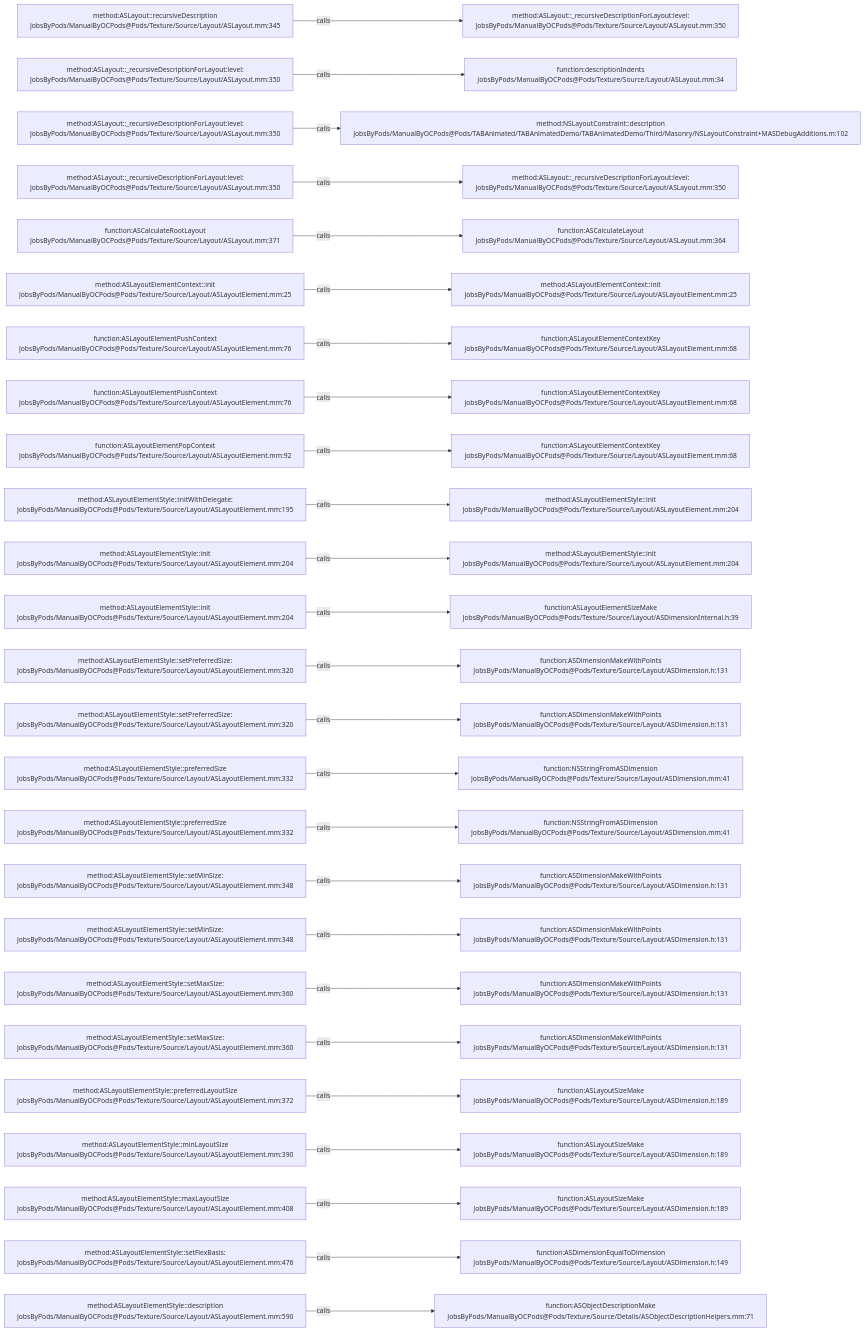
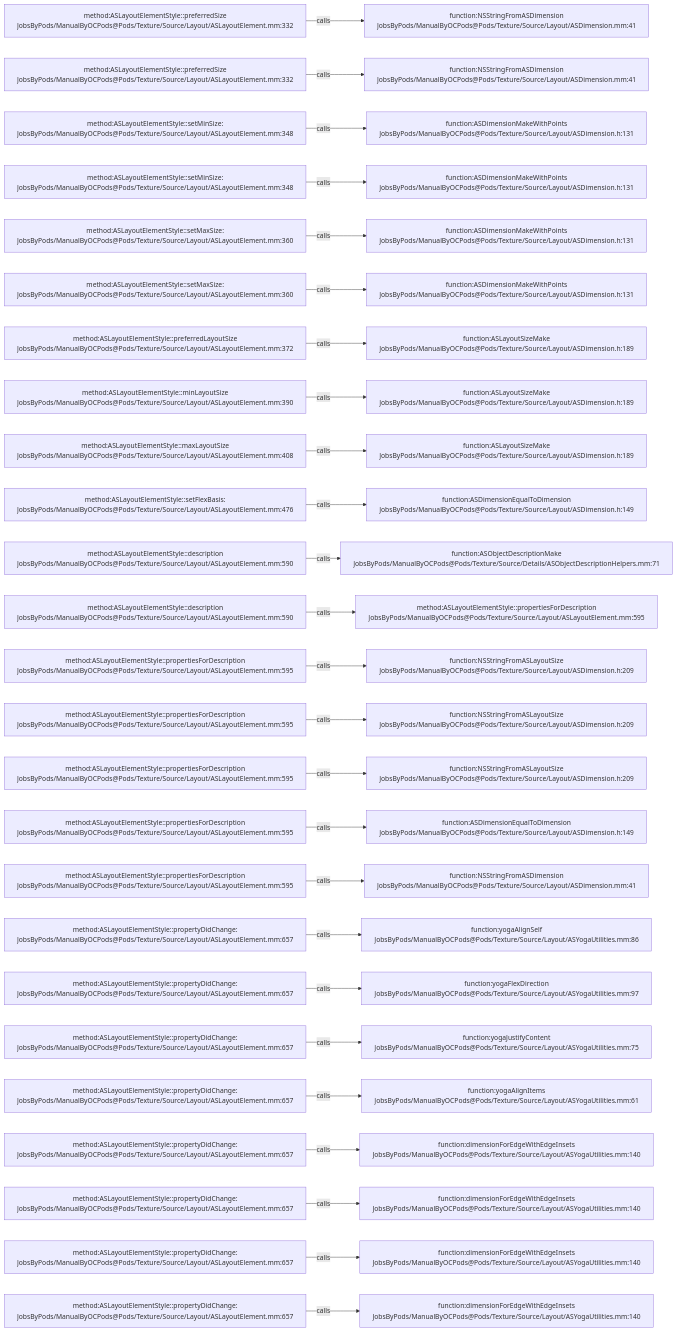
Before and after one commit to JobsKits/JobsOCBaseConfigDemo: the diagram in .codegraph/codegraph.md/graphs/calls-181.md, drawn with Mermaid. The commit also changed 296 other files, not shown here.

````diff
--- a/.codegraph/codegraph.md/graphs/calls-181.md
+++ b/.codegraph/codegraph.md/graphs/calls-181.md
@@ -13,78 +13,78 @@
 ```mermaid
 flowchart LR
-  S1["method:ASLayout::recursiveDescription<br/>JobsByPods/ManualByOCPods@Pods/Texture/Source/Layout/ASLayout.mm:345"]
-  T1["method:ASLayout::_recursiveDescriptionForLayout:level:<br/>JobsByPods/ManualByOCPods@Pods/Texture/Source/Layout/ASLayout.mm:350"]
+  S1["method:ASLayoutElementStyle::preferredSize<br/>JobsByPods/ManualByOCPods@Pods/Texture/Source/Layout/ASLayoutElement.mm:332"]
+  T1["function:NSStringFromASDimension<br/>JobsByPods/ManualByOCPods@Pods/Texture/Source/Layout/ASDimension.mm:41"]
   S1 -->|calls| T1
-  S2["method:ASLayout::_recursiveDescriptionForLayout:level:<br/>JobsByPods/ManualByOCPods@Pods/Texture/Source/Layout/ASLayout.mm:350"]
-  T2["function:descriptionIndents<br/>JobsByPods/ManualByOCPods@Pods/Texture/Source/Layout/ASLayout.mm:34"]
+  S2["method:ASLayoutElementStyle::preferredSize<br/>JobsByPods/ManualByOCPods@Pods/Texture/Source/Layout/ASLayoutElement.mm:332"]
+  T2["function:NSStringFromASDimension<br/>JobsByPods/ManualByOCPods@Pods/Texture/Source/Layout/ASDimension.mm:41"]
   S2 -->|calls| T2
-  S3["method:ASLayout::_recursiveDescriptionForLayout:level:<br/>JobsByPods/ManualByOCPods@Pods/Texture/Source/Layout/ASLayout.mm:350"]
-  T3["method:NSLayoutConstraint::description<br/>JobsByPods/ManualByOCPods@Pods/TABAnimated/TABAnimatedDemo/TABAnimatedDemo/Third/Masonry/NSLayoutConstraint+MASDebugAdditions.m:102"]
+  S3["method:ASLayoutElementStyle::setMinSize:<br/>JobsByPods/ManualByOCPods@Pods/Texture/Source/Layout/ASLayoutElement.mm:348"]
+  T3["function:ASDimensionMakeWithPoints<br/>JobsByPods/ManualByOCPods@Pods/Texture/Source/Layout/ASDimension.h:131"]
   S3 -->|calls| T3
-  S4["method:ASLayout::_recursiveDescriptionForLayout:level:<br/>JobsByPods/ManualByOCPods@Pods/Texture/Source/Layout/ASLayout.mm:350"]
-  T4["method:ASLayout::_recursiveDescriptionForLayout:level:<br/>JobsByPods/ManualByOCPods@Pods/Texture/Source/Layout/ASLayout.mm:350"]
+  S4["method:ASLayoutElementStyle::setMinSize:<br/>JobsByPods/ManualByOCPods@Pods/Texture/Source/Layout/ASLayoutElement.mm:348"]
+  T4["function:ASDimensionMakeWithPoints<br/>JobsByPods/ManualByOCPods@Pods/Texture/Source/Layout/ASDimension.h:131"]
   S4 -->|calls| T4
-  S5["function:ASCalculateRootLayout<br/>JobsByPods/ManualByOCPods@Pods/Texture/Source/Layout/ASLayout.mm:371"]
-  T5["function:ASCalculateLayout<br/>JobsByPods/ManualByOCPods@Pods/Texture/Source/Layout/ASLayout.mm:364"]
+  S5["method:ASLayoutElementStyle::setMaxSize:<br/>JobsByPods/ManualByOCPods@Pods/Texture/Source/Layout/ASLayoutElement.mm:360"]
+  T5["function:ASDimensionMakeWithPoints<br/>JobsByPods/ManualByOCPods@Pods/Texture/Source/Layout/ASDimension.h:131"]
   S5 -->|calls| T5
-  S6["method:ASLayoutElementContext::init<br/>JobsByPods/ManualByOCPods@Pods/Texture/Source/Layout/ASLayoutElement.mm:25"]
-  T6["method:ASLayoutElementContext::init<br/>JobsByPods/ManualByOCPods@Pods/Texture/Source/Layout/ASLayoutElement.mm:25"]
+  S6["method:ASLayoutElementStyle::setMaxSize:<br/>JobsByPods/ManualByOCPods@Pods/Texture/Source/Layout/ASLayoutElement.mm:360"]
+  T6["function:ASDimensionMakeWithPoints<br/>JobsByPods/ManualByOCPods@Pods/Texture/Source/Layout/ASDimension.h:131"]
   S6 -->|calls| T6
-  S7["function:ASLayoutElementPushContext<br/>JobsByPods/ManualByOCPods@Pods/Texture/Source/Layout/ASLayoutElement.mm:76"]
-  T7["function:ASLayoutElementContextKey<br/>JobsByPods/ManualByOCPods@Pods/Texture/Source/Layout/ASLayoutElement.mm:68"]
+  S7["method:ASLayoutElementStyle::preferredLayoutSize<br/>JobsByPods/ManualByOCPods@Pods/Texture/Source/Layout/ASLayoutElement.mm:372"]
+  T7["function:ASLayoutSizeMake<br/>JobsByPods/ManualByOCPods@Pods/Texture/Source/Layout/ASDimension.h:189"]
   S7 -->|calls| T7
-  S8["function:ASLayoutElementPushContext<br/>JobsByPods/ManualByOCPods@Pods/Texture/Source/Layout/ASLayoutElement.mm:76"]
-  T8["function:ASLayoutElementContextKey<br/>JobsByPods/ManualByOCPods@Pods/Texture/Source/Layout/ASLayoutElement.mm:68"]
+  S8["method:ASLayoutElementStyle::minLayoutSize<br/>JobsByPods/ManualByOCPods@Pods/Texture/Source/Layout/ASLayoutElement.mm:390"]
+  T8["function:ASLayoutSizeMake<br/>JobsByPods/ManualByOCPods@Pods/Texture/Source/Layout/ASDimension.h:189"]
   S8 -->|calls| T8
-  S9["function:ASLayoutElementPopContext<br/>JobsByPods/ManualByOCPods@Pods/Texture/Source/Layout/ASLayoutElement.mm:92"]
-  T9["function:ASLayoutElementContextKey<br/>JobsByPods/ManualByOCPods@Pods/Texture/Source/Layout/ASLayoutElement.mm:68"]
+  S9["method:ASLayoutElementStyle::maxLayoutSize<br/>JobsByPods/ManualByOCPods@Pods/Texture/Source/Layout/ASLayoutElement.mm:408"]
+  T9["function:ASLayoutSizeMake<br/>JobsByPods/ManualByOCPods@Pods/Texture/Source/Layout/ASDimension.h:189"]
   S9 -->|calls| T9
-  S10["method:ASLayoutElementStyle::initWithDelegate:<br/>JobsByPods/ManualByOCPods@Pods/Texture/Source/Layout/ASLayoutElement.mm:195"]
-  T10["method:ASLayoutElementStyle::init<br/>JobsByPods/ManualByOCPods@Pods/Texture/Source/Layout/ASLayoutElement.mm:204"]
+  S10["method:ASLayoutElementStyle::setFlexBasis:<br/>JobsByPods/ManualByOCPods@Pods/Texture/Source/Layout/ASLayoutElement.mm:476"]
+  T10["function:ASDimensionEqualToDimension<br/>JobsByPods/ManualByOCPods@Pods/Texture/Source/Layout/ASDimension.h:149"]
   S10 -->|calls| T10
-  S11["method:ASLayoutElementStyle::init<br/>JobsByPods/ManualByOCPods@Pods/Texture/Source/Layout/ASLayoutElement.mm:204"]
-  T11["method:ASLayoutElementStyle::init<br/>JobsByPods/ManualByOCPods@Pods/Texture/Source/Layout/ASLayoutElement.mm:204"]
+  S11["method:ASLayoutElementStyle::description<br/>JobsByPods/ManualByOCPods@Pods/Texture/Source/Layout/ASLayoutElement.mm:590"]
+  T11["function:ASObjectDescriptionMake<br/>JobsByPods/ManualByOCPods@Pods/Texture/Source/Details/ASObjectDescriptionHelpers.mm:71"]
   S11 -->|calls| T11
-  S12["method:ASLayoutElementStyle::init<br/>JobsByPods/ManualByOCPods@Pods/Texture/Source/Layout/ASLayoutElement.mm:204"]
-  T12["function:ASLayoutElementSizeMake<br/>JobsByPods/ManualByOCPods@Pods/Texture/Source/Layout/ASDimensionInternal.h:39"]
+  S12["method:ASLayoutElementStyle::description<br/>JobsByPods/ManualByOCPods@Pods/Texture/Source/Layout/ASLayoutElement.mm:590"]
+  T12["method:ASLayoutElementStyle::propertiesForDescription<br/>JobsByPods/ManualByOCPods@Pods/Texture/Source/Layout/ASLayoutElement.mm:595"]
   S12 -->|calls| T12
-  S13["method:ASLayoutElementStyle::setPreferredSize:<br/>JobsByPods/ManualByOCPods@Pods/Texture/Source/Layout/ASLayoutElement.mm:320"]
-  T13["function:ASDimensionMakeWithPoints<br/>JobsByPods/ManualByOCPods@Pods/Texture/Source/Layout/ASDimension.h:131"]
+  S13["method:ASLayoutElementStyle::propertiesForDescription<br/>JobsByPods/ManualByOCPods@Pods/Texture/Source/Layout/ASLayoutElement.mm:595"]
+  T13["function:NSStringFromASLayoutSize<br/>JobsByPods/ManualByOCPods@Pods/Texture/Source/Layout/ASDimension.h:209"]
   S13 -->|calls| T13
-  S14["method:ASLayoutElementStyle::setPreferredSize:<br/>JobsByPods/ManualByOCPods@Pods/Texture/Source/Layout/ASLayoutElement.mm:320"]
-  T14["function:ASDimensionMakeWithPoints<br/>JobsByPods/ManualByOCPods@Pods/Texture/Source/Layout/ASDimension.h:131"]
+  S14["method:ASLayoutElementStyle::propertiesForDescription<br/>JobsByPods/ManualByOCPods@Pods/Texture/Source/Layout/ASLayoutElement.mm:595"]
+  T14["function:NSStringFromASLayoutSize<br/>JobsByPods/ManualByOCPods@Pods/Texture/Source/Layout/ASDimension.h:209"]
   S14 -->|calls| T14
-  S15["method:ASLayoutElementStyle::preferredSize<br/>JobsByPods/ManualByOCPods@Pods/Texture/Source/Layout/ASLayoutElement.mm:332"]
-  T15["function:NSStringFromASDimension<br/>JobsByPods/ManualByOCPods@Pods/Texture/Source/Layout/ASDimension.mm:41"]
+  S15["method:ASLayoutElementStyle::propertiesForDescription<br/>JobsByPods/ManualByOCPods@Pods/Texture/Source/Layout/ASLayoutElement.mm:595"]
+  T15["function:NSStringFromASLayoutSize<br/>JobsByPods/ManualByOCPods@Pods/Texture/Source/Layout/ASDimension.h:209"]
   S15 -->|calls| T15
-  S16["method:ASLayoutElementStyle::preferredSize<br/>JobsByPods/ManualByOCPods@Pods/Texture/Source/Layout/ASLayoutElement.mm:332"]
-  T16["function:NSStringFromASDimension<br/>JobsByPods/ManualByOCPods@Pods/Texture/Source/Layout/ASDimension.mm:41"]
+  S16["method:ASLayoutElementStyle::propertiesForDescription<br/>JobsByPods/ManualByOCPods@Pods/Texture/Source/Layout/ASLayoutElement.mm:595"]
+  T16["function:ASDimensionEqualToDimension<br/>JobsByPods/ManualByOCPods@Pods/Texture/Source/Layout/ASDimension.h:149"]
   S16 -->|calls| T16
-  S17["method:ASLayoutElementStyle::setMinSize:<br/>JobsByPods/ManualByOCPods@Pods/Texture/Source/Layout/ASLayoutElement.mm:348"]
-  T17["function:ASDimensionMakeWithPoints<br/>JobsByPods/ManualByOCPods@Pods/Texture/Source/Layout/ASDimension.h:131"]
+  S17["method:ASLayoutElementStyle::propertiesForDescription<br/>JobsByPods/ManualByOCPods@Pods/Texture/Source/Layout/ASLayoutElement.mm:595"]
+  T17["function:NSStringFromASDimension<br/>JobsByPods/ManualByOCPods@Pods/Texture/Source/Layout/ASDimension.mm:41"]
   S17 -->|calls| T17
-  S18["method:ASLayoutElementStyle::setMinSize:<br/>JobsByPods/ManualByOCPods@Pods/Texture/Source/Layout/ASLayoutElement.mm:348"]
-  T18["function:ASDimensionMakeWithPoints<br/>JobsByPods/ManualByOCPods@Pods/Texture/Source/Layout/ASDimension.h:131"]
+  S18["method:ASLayoutElementStyle::propertyDidChange:<br/>JobsByPods/ManualByOCPods@Pods/Texture/Source/Layout/ASLayoutElement.mm:657"]
+  T18["function:yogaAlignSelf<br/>JobsByPods/ManualByOCPods@Pods/Texture/Source/Layout/ASYogaUtilities.mm:86"]
   S18 -->|calls| T18
-  S19["method:ASLayoutElementStyle::setMaxSize:<br/>JobsByPods/ManualByOCPods@Pods/Texture/Source/Layout/ASLayoutElement.mm:360"]
-  T19["function:ASDimensionMakeWithPoints<br/>JobsByPods/ManualByOCPods@Pods/Texture/Source/Layout/ASDimension.h:131"]
+  S19["method:ASLayoutElementStyle::propertyDidChange:<br/>JobsByPods/ManualByOCPods@Pods/Texture/Source/Layout/ASLayoutElement.mm:657"]
+  T19["function:yogaFlexDirection<br/>JobsByPods/ManualByOCPods@Pods/Texture/Source/Layout/ASYogaUtilities.mm:97"]
   S19 -->|calls| T19
-  S20["method:ASLayoutElementStyle::setMaxSize:<br/>JobsByPods/ManualByOCPods@Pods/Texture/Source/Layout/ASLayoutElement.mm:360"]
-  T20["function:ASDimensionMakeWithPoints<br/>JobsByPods/ManualByOCPods@Pods/Texture/Source/Layout/ASDimension.h:131"]
+  S20["method:ASLayoutElementStyle::propertyDidChange:<br/>JobsByPods/ManualByOCPods@Pods/Texture/Source/Layout/ASLayoutElement.mm:657"]
+  T20["function:yogaJustifyContent<br/>JobsByPods/ManualByOCPods@Pods/Texture/Source/Layout/ASYogaUtilities.mm:75"]
   S20 -->|calls| T20
-  S21["method:ASLayoutElementStyle::preferredLayoutSize<br/>JobsByPods/ManualByOCPods@Pods/Texture/Source/Layout/ASLayoutElement.mm:372"]
-  T21["function:ASLayoutSizeMake<br/>JobsByPods/ManualByOCPods@Pods/Texture/Source/Layout/ASDimension.h:189"]
+  S21["method:ASLayoutElementStyle::propertyDidChange:<br/>JobsByPods/ManualByOCPods@Pods/Texture/Source/Layout/ASLayoutElement.mm:657"]
+  T21["function:yogaAlignItems<br/>JobsByPods/ManualByOCPods@Pods/Texture/Source/Layout/ASYogaUtilities.mm:61"]
   S21 -->|calls| T21
-  S22["method:ASLayoutElementStyle::minLayoutSize<br/>JobsByPods/ManualByOCPods@Pods/Texture/Source/Layout/ASLayoutElement.mm:390"]
-  T22["function:ASLayoutSizeMake<br/>JobsByPods/ManualByOCPods@Pods/Texture/Source/Layout/ASDimension.h:189"]
+  S22["method:ASLayoutElementStyle::propertyDidChange:<br/>JobsByPods/ManualByOCPods@Pods/Texture/Source/Layout/ASLayoutElement.mm:657"]
+  T22["function:dimensionForEdgeWithEdgeInsets<br/>JobsByPods/ManualByOCPods@Pods/Texture/Source/Layout/ASYogaUtilities.mm:140"]
   S22 -->|calls| T22
-  S23["method:ASLayoutElementStyle::maxLayoutSize<br/>JobsByPods/ManualByOCPods@Pods/Texture/Source/Layout/ASLayoutElement.mm:408"]
-  T23["function:ASLayoutSizeMake<br/>JobsByPods/ManualByOCPods@Pods/Texture/Source/Layout/ASDimension.h:189"]
+  S23["method:ASLayoutElementStyle::propertyDidChange:<br/>JobsByPods/ManualByOCPods@Pods/Texture/Source/Layout/ASLayoutElement.mm:657"]
+  T23["function:dimensionForEdgeWithEdgeInsets<br/>JobsByPods/ManualByOCPods@Pods/Texture/Source/Layout/ASYogaUtilities.mm:140"]
   S23 -->|calls| T23
-  S24["method:ASLayoutElementStyle::setFlexBasis:<br/>JobsByPods/ManualByOCPods@Pods/Texture/Source/Layout/ASLayoutElement.mm:476"]
-  T24["function:ASDimensionEqualToDimension<br/>JobsByPods/ManualByOCPods@Pods/Texture/Source/Layout/ASDimension.h:149"]
+  S24["method:ASLayoutElementStyle::propertyDidChange:<br/>JobsByPods/ManualByOCPods@Pods/Texture/Source/Layout/ASLayoutElement.mm:657"]
+  T24["function:dimensionForEdgeWithEdgeInsets<br/>JobsByPods/ManualByOCPods@Pods/Texture/Source/Layout/ASYogaUtilities.mm:140"]
   S24 -->|calls| T24
-  S25["method:ASLayoutElementStyle::description<br/>JobsByPods/ManualByOCPods@Pods/Texture/Source/Layout/ASLayoutElement.mm:590"]
-  T25["function:ASObjectDescriptionMake<br/>JobsByPods/ManualByOCPods@Pods/Texture/Source/Details/ASObjectDescriptionHelpers.mm:71"]
+  S25["method:ASLayoutElementStyle::propertyDidChange:<br/>JobsByPods/ManualByOCPods@Pods/Texture/Source/Layout/ASLayoutElement.mm:657"]
+  T25["function:dimensionForEdgeWithEdgeInsets<br/>JobsByPods/ManualByOCPods@Pods/Texture/Source/Layout/ASYogaUtilities.mm:140"]
   S25 -->|calls| T25
 ```
````
